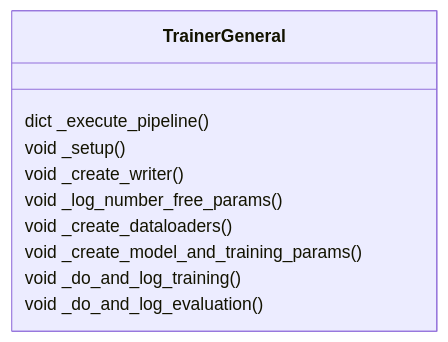
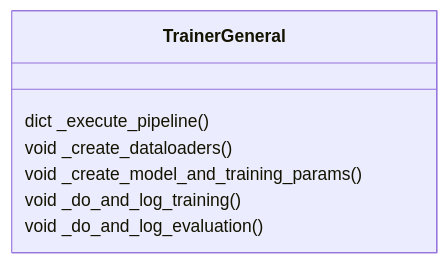
The third of 3 diagrams in docs/ADR002_trainer_module.md (sacdallago/biotrainer), drawn with Mermaid before and after one commit. The commit also changed other lines of this file, not shown here.

````diff
--- a/docs/ADR002_trainer_module.md
+++ b/docs/ADR002_trainer_module.md
@@ -41,13 +41,10 @@
 ```mermaid
 classDiagram 
 class TrainerGeneral {
-    dict _execute_pipeline() 
-    void _setup()
-    void _create_writer()
-    void _log_number_free_params()
+    dict _execute_pipeline()
     void _create_dataloaders()
     void _create_model_and_training_params()
     void _do_and_log_training()
     void _do_and_log_evaluation()
 }
 ```
````
